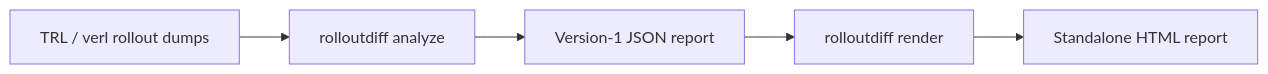
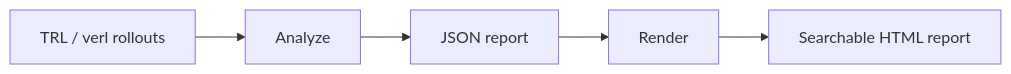
Before and after one commit to zqf20096327/ai_collect: the diagram in data/readmes/mamadou-wane__rollout-diff.md, drawn with Mermaid. The commit also changed other lines of this file and 1983 other files, not shown here.

````diff
--- a/data/readmes/mamadou-wane__rollout-diff.md
+++ b/data/readmes/mamadou-wane__rollout-diff.md
@@ -67,7 +5,7 @@
 ```mermaid
 flowchart LR
-    A["TRL / verl rollout dumps"] --> B["rolloutdiff analyze"]
-    B --> C["Version-1 JSON report"]
-    C --> D["rolloutdiff render"]
-    D --> E["Standalone HTML report"]
+    A["TRL / verl rollouts"] --> B["Analyze"]
+    B --> C["JSON report"]
+    C --> D["Render"]
+    D --> E["Searchable HTML report"]
 ```
````
